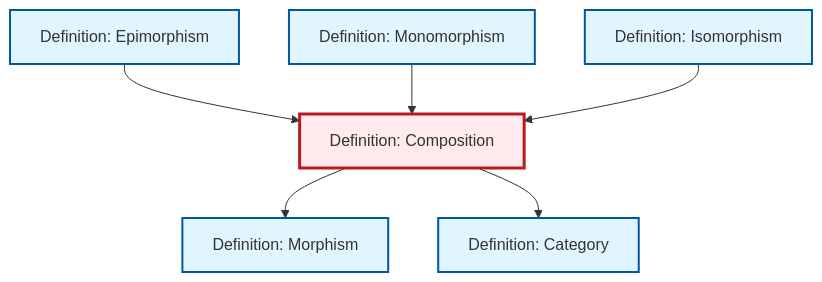
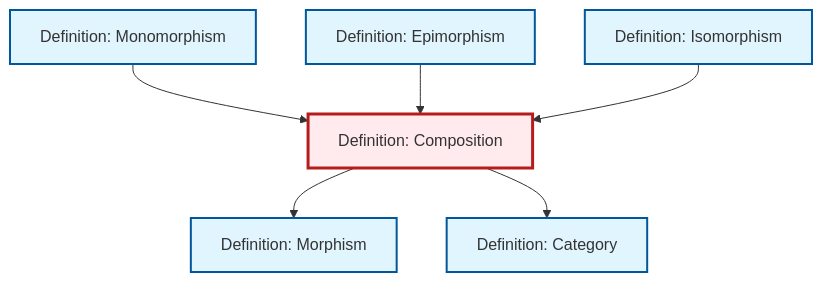
The diagram in content/en/category-theory/def-composition.qmd (RK0429/ModernMath), drawn with Mermaid before and after one commit. The commit also changed other lines of this file and 672 other files, not shown here.

````diff
--- a/content/en/category-theory/def-composition.qmd
+++ b/content/en/category-theory/def-composition.qmd
@@ -92,26 +92,26 @@
 ```{mermaid}
 %%| fig-cap: "Local dependency graph"
 graph TD
     classDef definition fill:#e1f5fe,stroke:#01579b,stroke-width:2px
     classDef theorem fill:#f3e5f5,stroke:#4a148c,stroke-width:2px
     classDef axiom fill:#fff3e0,stroke:#e65100,stroke-width:2px
     classDef example fill:#e8f5e9,stroke:#1b5e20,stroke-width:2px
     classDef current fill:#ffebee,stroke:#b71c1c,stroke-width:3px
+    def-morphism["Definition: Morphism"]:::definition
     def-isomorphism["Definition: Isomorphism"]:::definition
+    def-epimorphism["Definition: Epimorphism"]:::definition
     def-composition["Definition: Composition"]:::definition
+    def-category["Definition: Category"]:::definition
     def-monomorphism["Definition: Monomorphism"]:::definition
-    def-category["Definition: Category"]:::definition
-    def-morphism["Definition: Morphism"]:::definition
-    def-epimorphism["Definition: Epimorphism"]:::definition
+    def-monomorphism --> def-composition
     def-epimorphism --> def-composition
-    def-monomorphism --> def-composition
+    def-composition --> def-morphism
     def-isomorphism --> def-composition
-    def-composition --> def-morphism
     def-composition --> def-category
     class def-composition current
+    click def-morphism "def-morphism.html" "Go to Morphism definition"
     click def-isomorphism "def-isomorphism.html" "Go to Isomorphism definition"
+    click def-epimorphism "def-epimorphism.html" "Go to Epimorphism definition"
+    click def-category "def-category.html" "Go to Category definition"
     click def-monomorphism "def-monomorphism.html" "Go to Monomorphism definition"
-    click def-category "def-category.html" "Go to Category definition"
-    click def-morphism "def-morphism.html" "Go to Morphism definition"
-    click def-epimorphism "def-epimorphism.html" "Go to Epimorphism definition"
 ```
````
